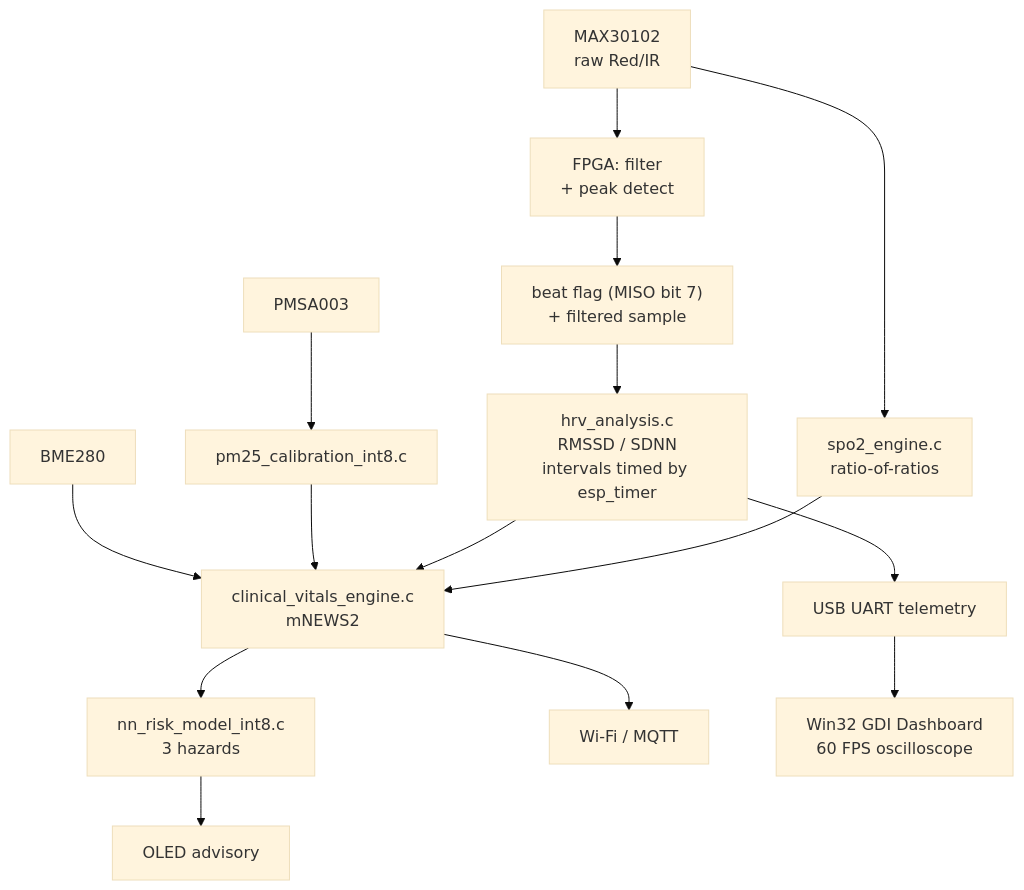
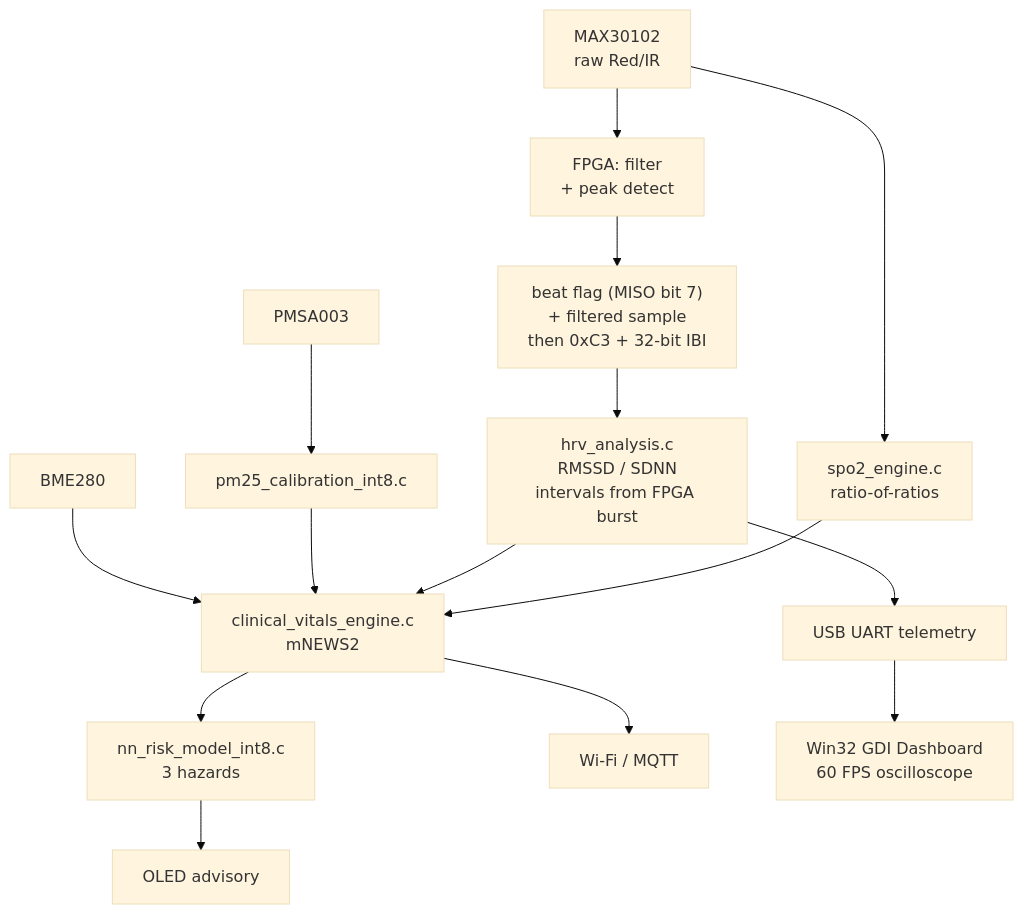
Before and after one commit to novafang23/FPGA-Accelerated-Personal-Health-Companion-Edge-Disaster-Monitor: the second of 2 diagrams in docs/MASTER_PROJECT_GUIDE.md, drawn with Mermaid (base theme). The commit also changed other lines of this file and 19 other files, not shown here.

Commit message:
docs(fpga): record the 535-LUT IBI-burst fit and reconcile IBI docs

````diff
--- a/docs/MASTER_PROJECT_GUIDE.md
+++ b/docs/MASTER_PROJECT_GUIDE.md
@@ -745,17 +745,17 @@
 ```mermaid
 flowchart TD
     A[MAX30102<br/>raw Red/IR] --> B[FPGA: filter<br/>+ peak detect]
-    B --> C["beat flag (MISO bit 7)<br/>+ filtered sample"]
-    C --> D[hrv_analysis.c<br/>RMSSD / SDNN<br/>intervals timed by esp_timer]
+    B --> C["beat flag (MISO bit 7)<br/>+ filtered sample<br/>then 0xC3 + 32-bit IBI"]
+    C --> D[hrv_analysis.c<br/>RMSSD / SDNN<br/>intervals from FPGA burst]
     A --> E[spo2_engine.c<br/>ratio-of-ratios]
     F[BME280] --> G[clinical_vitals_engine.c<br/>mNEWS2]
     H[PMSA003] --> I[pm25_calibration_int8.c]
     I --> G
     D --> G
     E --> G
     G --> J[nn_risk_model_int8.c<br/>3 hazards]
     J --> K[OLED advisory]
     D --> L[USB UART telemetry]
     G --> M[Wi-Fi / MQTT]
     L --> N[Win32 GDI Dashboard<br/>60 FPS oscilloscope]
 ```
````
